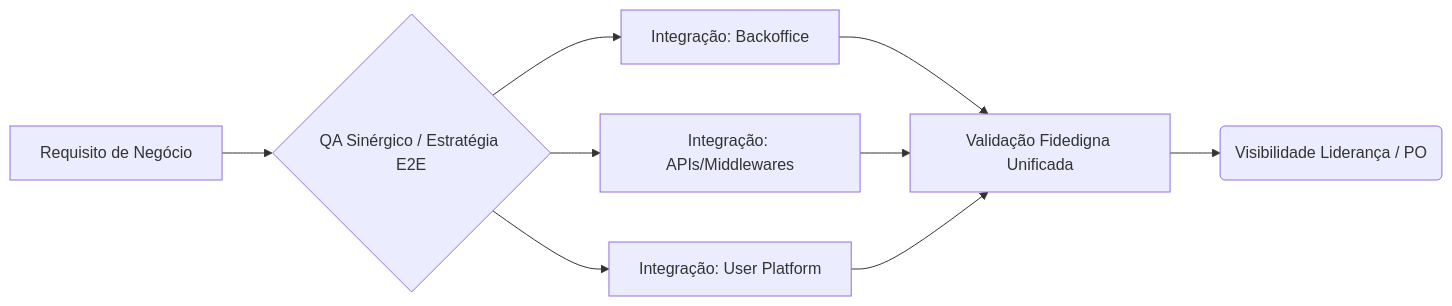
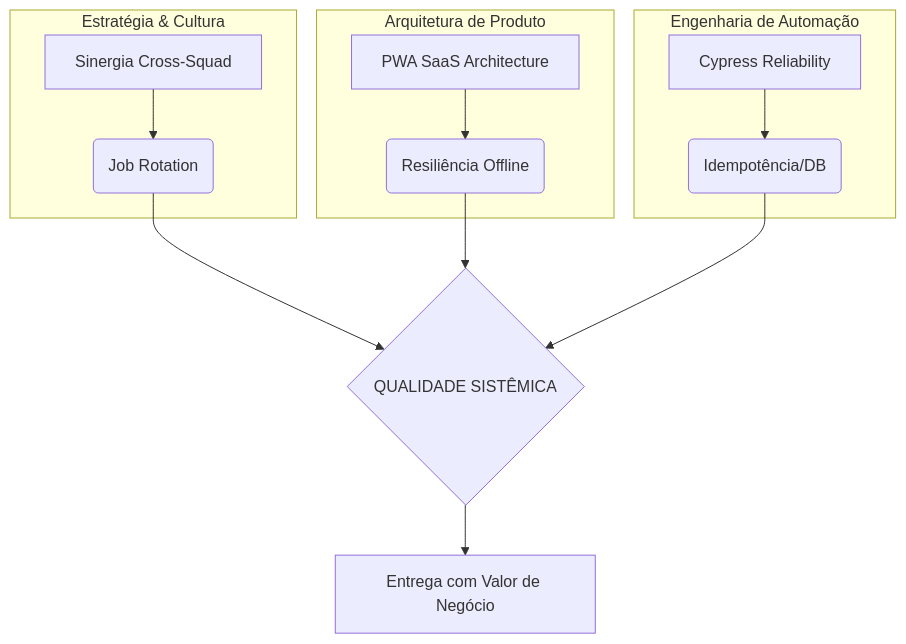
The diagram in README.md (kassiorochas/system-quality-framework), drawn with Mermaid before and after one commit. The commit also changed other lines of this file, not shown here.

````diff
--- a/README.md
+++ b/README.md
@@ -51,13 +40,17 @@
 ```mermaid
-flowchart LR
-    A[Requisito de Negócio] --> B{QA Sinérgico / Estratégia E2E}
-    B --> C[Integração: Backoffice]
-    B --> D[Integração: APIs/Middlewares]
-    B --> E[Integração: User Platform]
+flowchart TD
+    subgraph Pilar_1 [Estratégia & Cultura]
+    A[Sinergia Cross-Squad] --> B(Job Rotation)
+    end
     
-    C --> F[Validação Fidedigna Unificada]
-    D --> F
-    E --> F
+    subgraph Pilar_2 [Arquitetura de Produto]
+    C[PWA SaaS Architecture] --> D(Resiliência Offline)
+    end
     
-    F --> G(Visibilidade Liderança / PO)
+    subgraph Pilar_3 [Engenharia de Automação]
+    E[Cypress Reliability] --> F(Idempotência/DB)
+    end
+    
+    B & D & F --> G{QUALIDADE SISTÊMICA}
+    G --> H[Entrega com Valor de Negócio]
 ```
````
